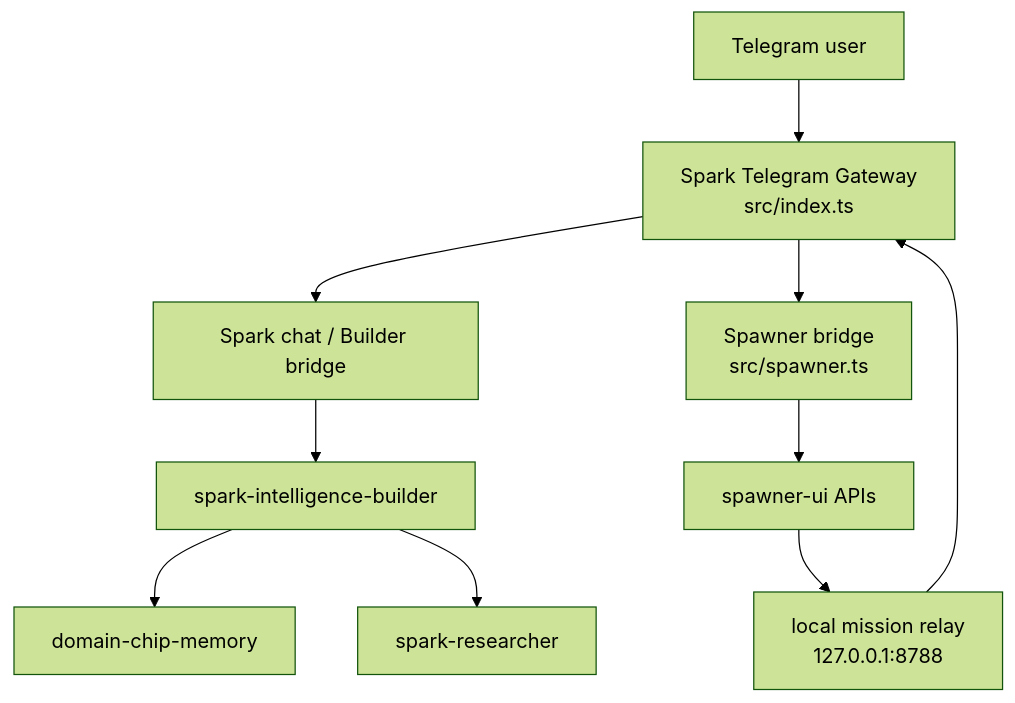
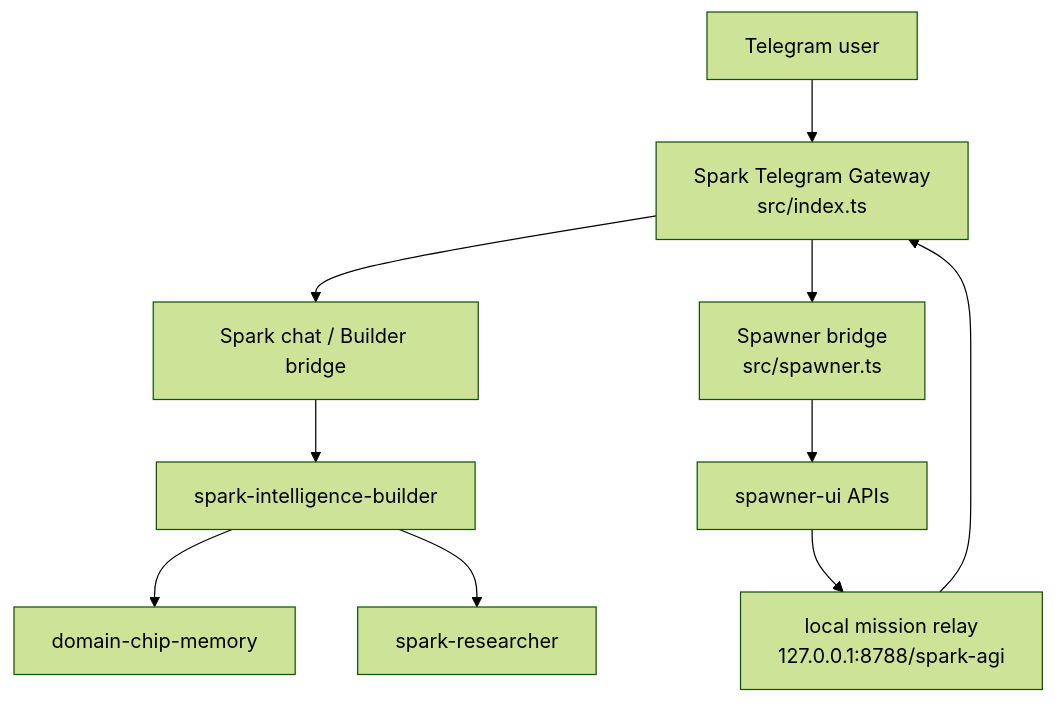
Before and after one commit to vibeforge1111/spark-telegram-bot: the first of 2 diagrams in README.md, drawn with Mermaid (forest theme). The commit also changed other lines of this file and 10 other files, not shown here.

````diff
--- a/README.md
+++ b/README.md
@@ -29,12 +29,12 @@
 ```mermaid
 flowchart TD
   User["Telegram user"] --> Gateway["Spark Telegram Gateway<br/>src/index.ts"]
   Gateway --> Chat["Spark chat / Builder bridge"]
   Chat --> Builder["spark-intelligence-builder"]
   Builder --> Memory["domain-chip-memory"]
   Builder --> Researcher["spark-researcher"]
   Gateway --> SpawnerBridge["Spawner bridge<br/>src/spawner.ts"]
   SpawnerBridge --> Spawner["spawner-ui APIs"]
-  Spawner --> Relay["local mission relay<br/>127.0.0.1:8788"]
+  Spawner --> Relay["local mission relay<br/>127.0.0.1:8788/spark-agi"]
   Relay --> Gateway
 ```
````
